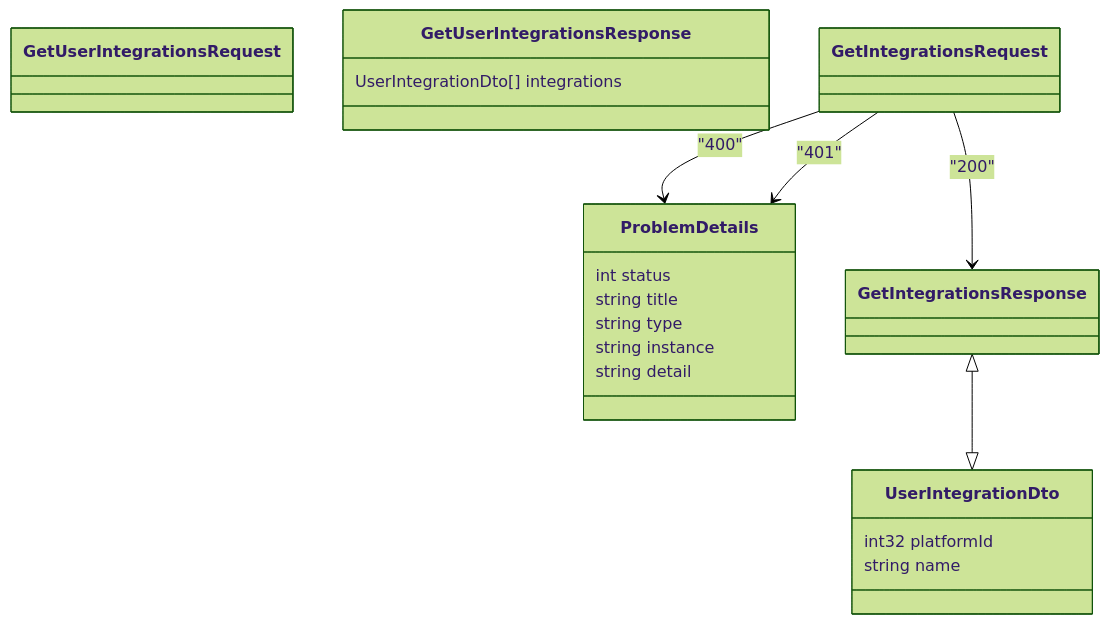
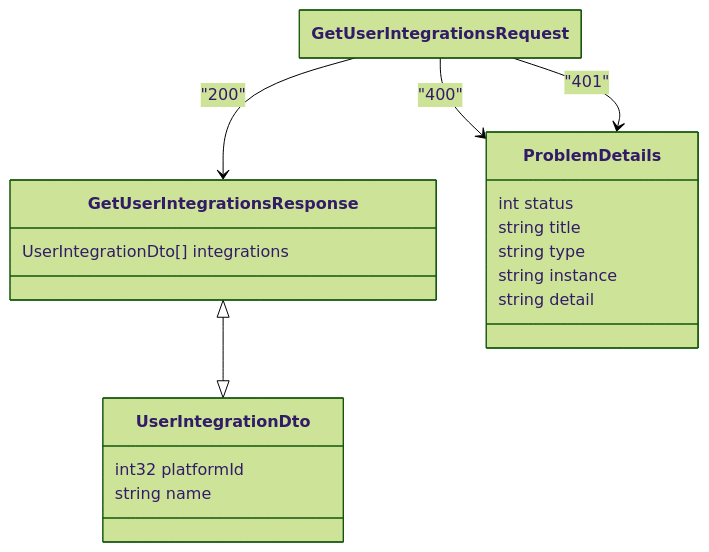
The diagram in documentation/json_contracts/integration_contracts/get_user_integrations.md (JKMN-Projects/ripple_sync_backend), drawn with Mermaid (forest theme) before and after one commit. The commit also changed 8 other files, not shown here.

````diff
--- a/documentation/json_contracts/integration_contracts/get_user_integrations.md
+++ b/documentation/json_contracts/integration_contracts/get_user_integrations.md
@@ -5,27 +5,33 @@
 ``` mermaid
+---
+
+config:
+    class:
+        hideEmptyMembersBox: true
+---
 classDiagram
     class GetUserIntegrationsRequest {
     }
 
     class GetUserIntegrationsResponse {
         UserIntegrationDto[] integrations
     }
 
     class UserIntegrationDto {
         int32 platformId
         string name
     }
 
     class ProblemDetails {
         int status
         string title
         string type
         string instance
         string detail
     }
 
-    GetIntegrationsResponse <|--|> UserIntegrationDto
-    GetIntegrationsRequest --> GetIntegrationsResponse : "200"
-    GetIntegrationsRequest --> ProblemDetails : "400"
-    GetIntegrationsRequest --> ProblemDetails : "401"
+    GetUserIntegrationsResponse <|--|> UserIntegrationDto
+    GetUserIntegrationsRequest --> GetUserIntegrationsResponse : "200"
+    GetUserIntegrationsRequest --> ProblemDetails : "400"
+    GetUserIntegrationsRequest --> ProblemDetails : "401"
 ```
````
